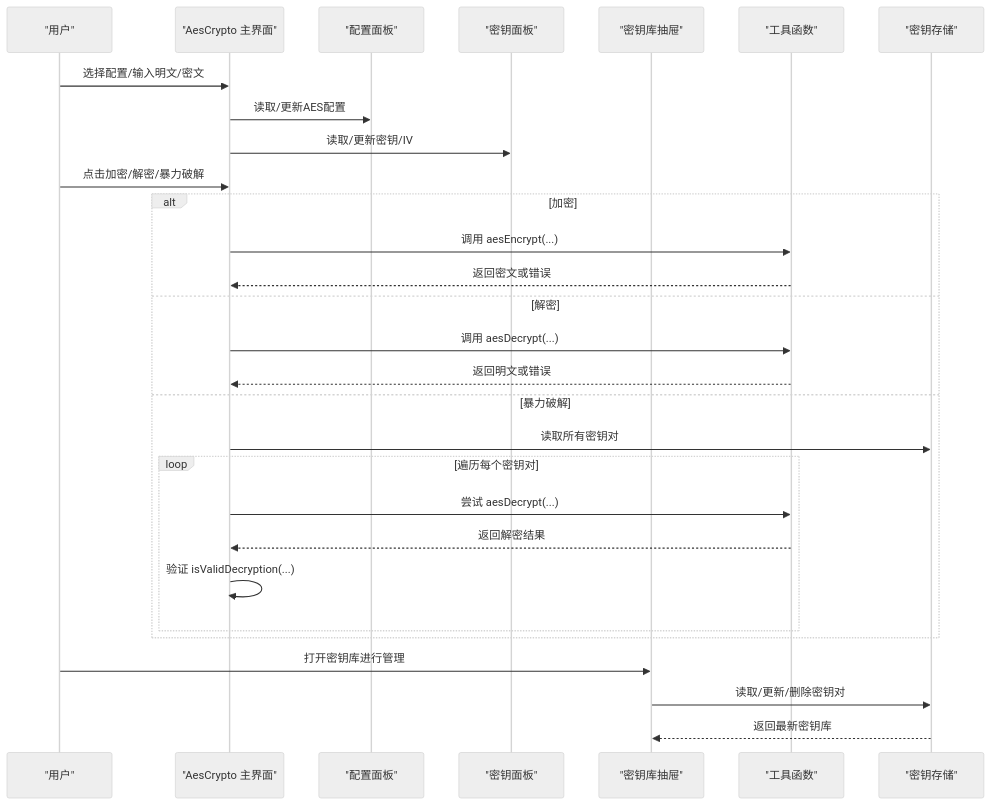
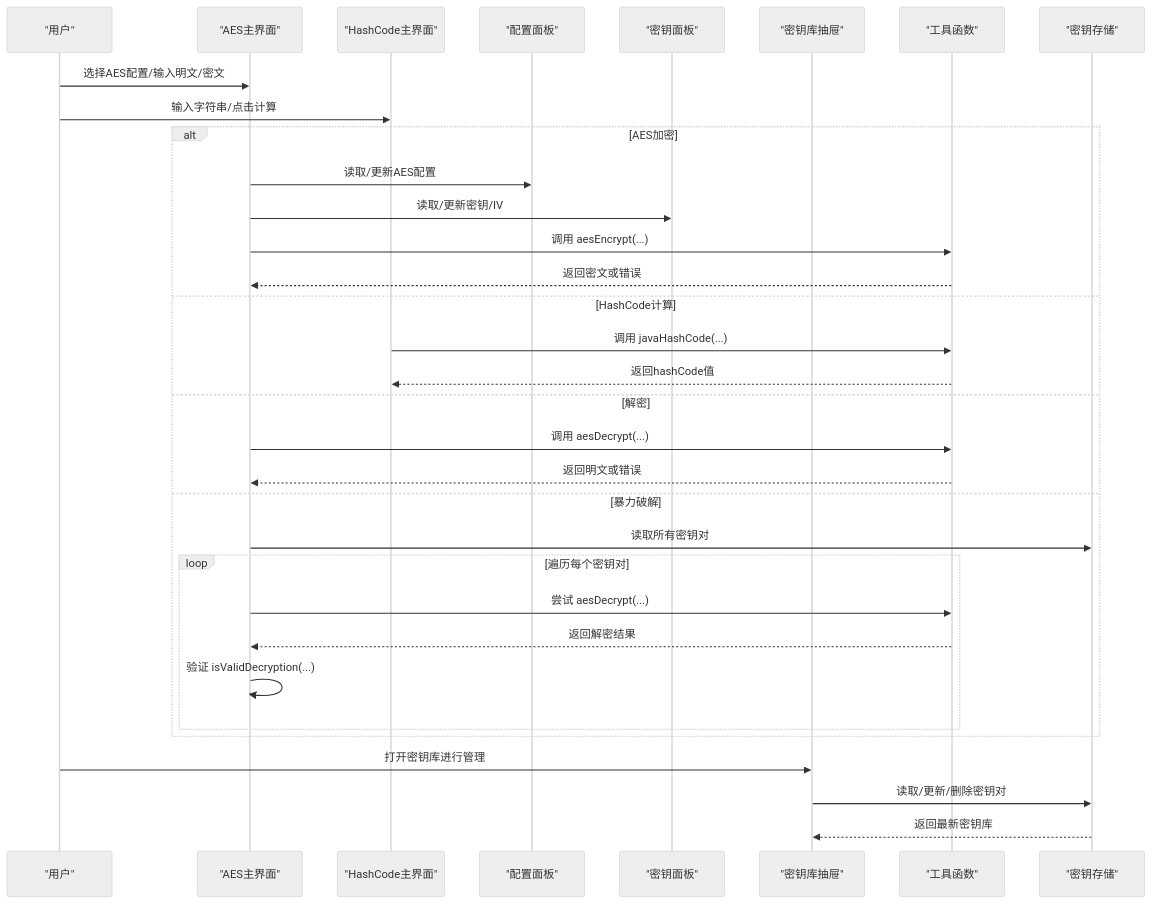
The second of 9 diagrams in .qoder/repowiki/zh/content/项目概述/核心功能/加密工具系列/加密工具系列.md (xkdaq/XKUtil), drawn with Mermaid (neutral theme) before and after one commit. The commit also changed other lines of this file and 81 other files, not shown here.

````diff
--- a/.qoder/repowiki/zh/content/项目概述/核心功能/加密工具系列/加密工具系列.md
+++ b/.qoder/repowiki/zh/content/项目概述/核心功能/加密工具系列/加密工具系列.md
@@ -105,31 +124,35 @@
 ```mermaid
 sequenceDiagram
 participant U as "用户"
-participant M as "AesCrypto 主界面"
+participant M as "AES主界面"
+participant HM as "HashCode主界面"
 participant C as "配置面板"
 participant K as "密钥面板"
 participant D as "密钥库抽屉"
 participant Utl as "工具函数"
 participant St as "密钥存储"
-U->>M : 选择配置/输入明文/密文
+U->>M : 选择AES配置/输入明文/密文
+U->>HM : 输入字符串/点击计算
+alt AES加密
 M->>C : 读取/更新AES配置
 M->>K : 读取/更新密钥/IV
-U->>M : 点击加密/解密/暴力破解
-alt 加密
 M->>Utl : 调用 aesEncrypt(...)
 Utl-->>M : 返回密文或错误
+else HashCode计算
+HM->>Utl : 调用 javaHashCode(...)
+Utl-->>HM : 返回hashCode值
 else 解密
 M->>Utl : 调用 aesDecrypt(...)
 Utl-->>M : 返回明文或错误
 else 暴力破解
 M->>St : 读取所有密钥对
 loop 遍历每个密钥对
 M->>Utl : 尝试 aesDecrypt(...)
 Utl-->>M : 返回解密结果
 M->>M : 验证 isValidDecryption(...)
 end
 end
 U->>D : 打开密钥库进行管理
 D->>St : 读取/更新/删除密钥对
 St-->>D : 返回最新密钥库
 ```
````
